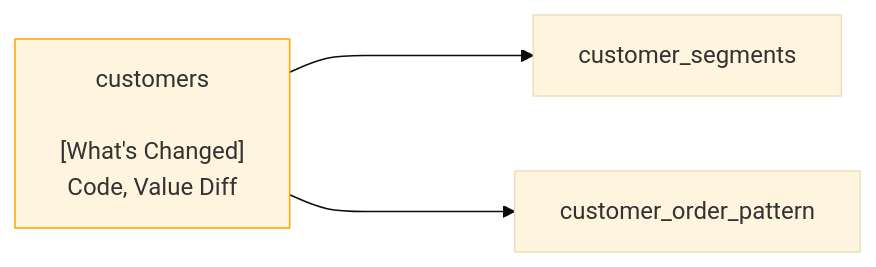
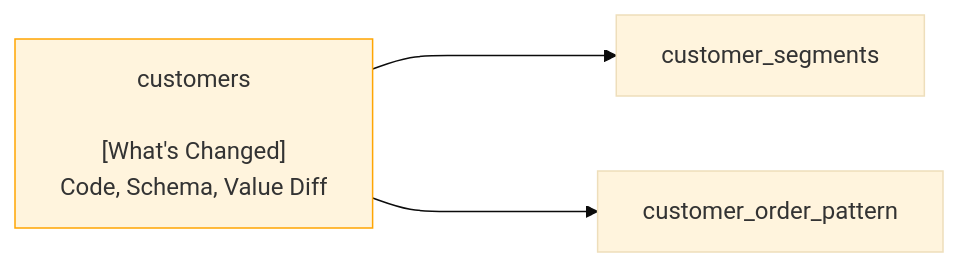
The diagram in docs/docs/features/recce-summary-example.md (DataRecce/recce-documentation), drawn with Mermaid (base theme) before and after one commit. The commit also changed other lines of this file and 2 other files, not shown here.

````diff
--- a/docs/docs/features/recce-summary-example.md
+++ b/docs/docs/features/recce-summary-example.md
@@ -5,13 +5,13 @@
 ```mermaid
 graph LR
 model.jaffle_shop.customers["customers
 
 [What's Changed]
-Code, Value Diff"]
+Code, Schema, Value Diff"]
 style model.jaffle_shop.customers stroke:#ffa502
 model.jaffle_shop.customers---->model.jaffle_shop.customer_segments
 model.jaffle_shop.customers---->model.jaffle_shop.customer_order_pattern
 model.jaffle_shop.customer_segments["customer_segments"]
 model.jaffle_shop.customer_order_pattern["customer_order_pattern"]
 
 ```
````
